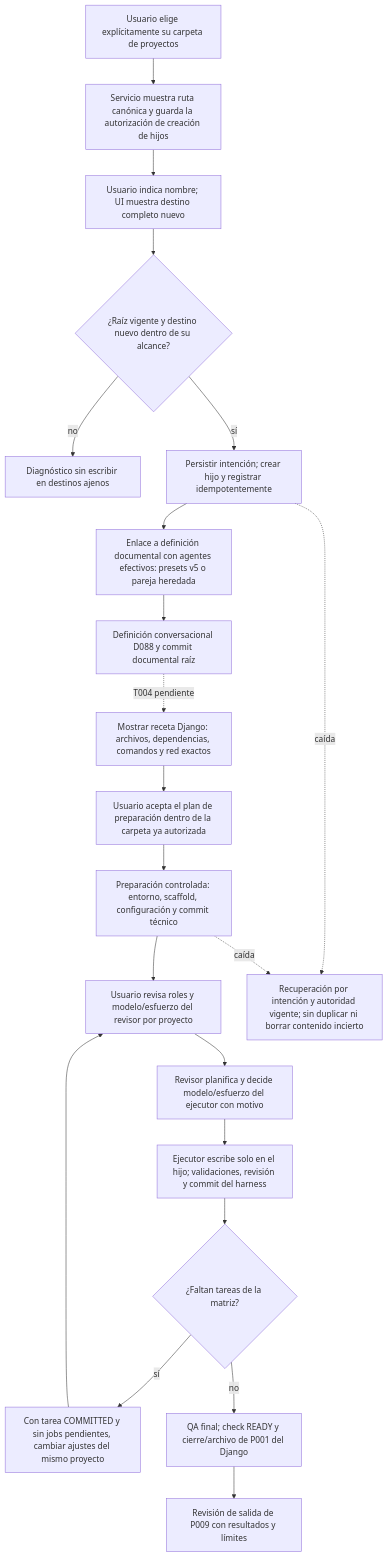
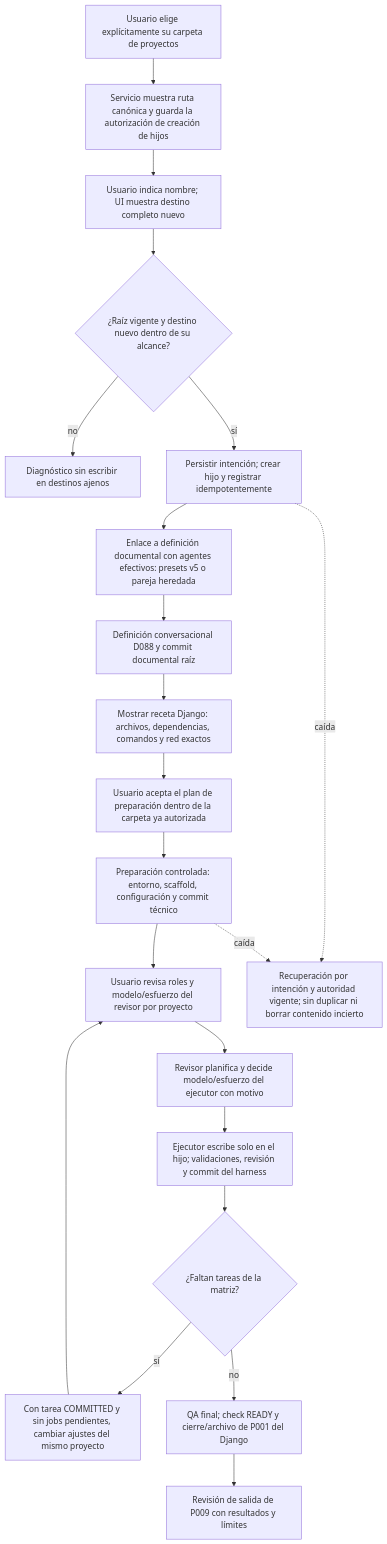
One commit to AcostaDDev/my-harness-archive changed the first of 2 diagrams in docs/flows/project-creation.md. Above: the diagram before and after it, drawn with Mermaid. The commit also changed other lines of this file and 45 other files, not shown here.

````diff
--- a/docs/flows/project-creation.md
+++ b/docs/flows/project-creation.md
@@ -9,23 +9,23 @@
 ```mermaid
 flowchart TD
     U["Usuario elige explícitamente su carpeta de proyectos"] --> R["Servicio muestra ruta canónica y guarda la autorización de creación de hijos"]
     R --> N["Usuario indica nombre; UI muestra destino completo nuevo"]
     N --> V{"¿Raíz vigente y destino nuevo dentro de su alcance?"}
     V -- no --> X["Diagnóstico sin escribir en destinos ajenos"]
     V -- sí --> C["Persistir intención; crear hijo y registrar idempotentemente"]
     C --> D["Enlace a definición documental con agentes efectivos: presets v5 o pareja heredada"]
     D --> DC["Definición conversacional D088 y commit documental raíz"]
-    DC -. "T004 pendiente" .-> P["Mostrar receta Django: archivos, dependencias, comandos y red exactos"]
+    DC --> P["Mostrar receta Django: archivos, dependencias, comandos y red exactos"]
     P --> A["Usuario acepta el plan de preparación dentro de la carpeta ya autorizada"]
     A --> S["Preparación controlada: entorno, scaffold, configuración y commit técnico"]
     S --> Q["Usuario revisa roles y modelo/esfuerzo del revisor por proyecto"]
     Q --> E["Revisor planifica y decide modelo/esfuerzo del ejecutor con motivo"]
     E --> T["Ejecutor escribe solo en el hijo; validaciones, revisión y commit del harness"]
     T --> M{"¿Faltan tareas de la matriz?"}
     M -- sí --> B["Con tarea COMMITTED y sin jobs pendientes, cambiar ajustes del mismo proyecto"]
     B --> Q
     M -- no --> F["QA final; check READY y cierre/archivo de P001 del Django"]
     F --> I["Revisión de salida de P009 con resultados y límites"]
     C -. caída .-> Z["Recuperación por intención y autoridad vigente; sin duplicar ni borrar contenido incierto"]
     S -. caída .-> Z
 ```
````
